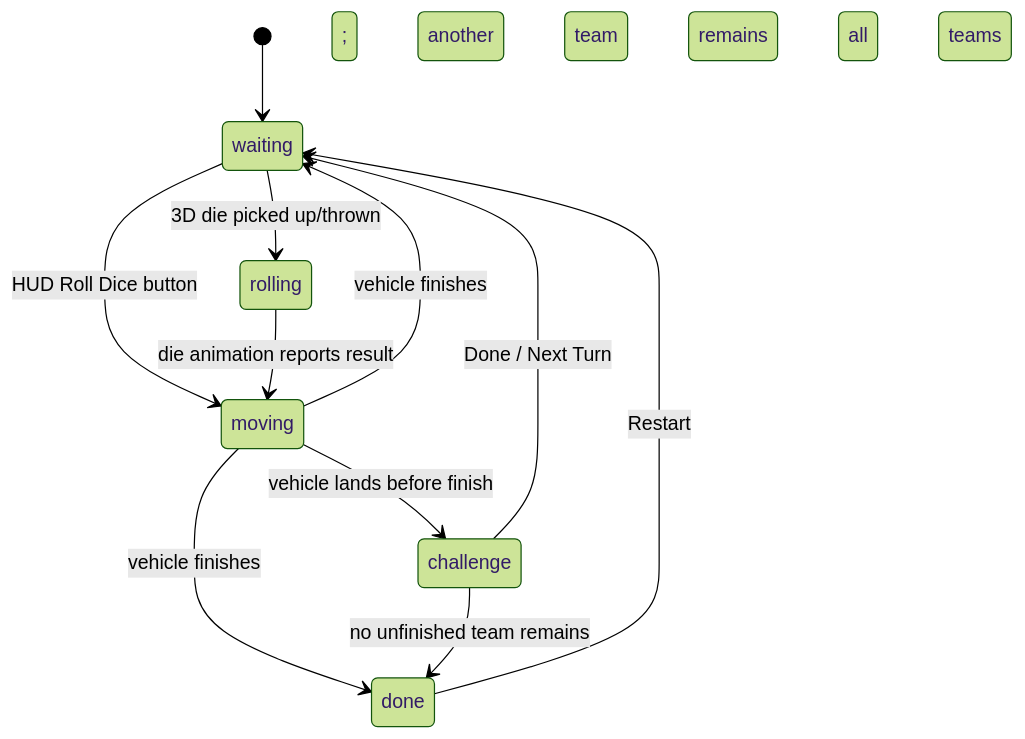
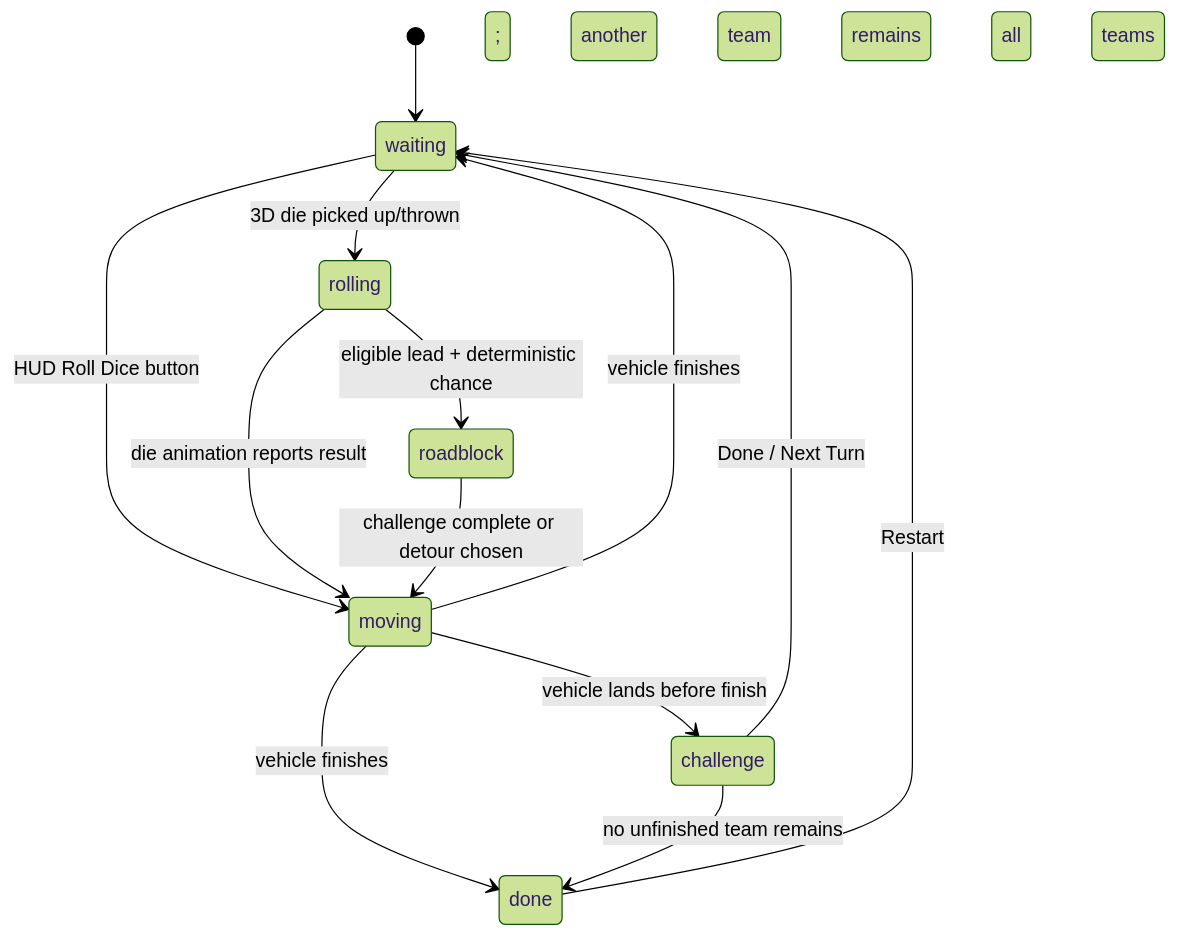
Before and after one commit to TipsyTraveller/TipsyTraveller: the second of 3 diagrams in GAME_ARCHITECTURE.md, drawn with Mermaid (forest theme). The commit also changed other lines of this file and 12 other files, not shown here.

````diff
--- a/GAME_ARCHITECTURE.md
+++ b/GAME_ARCHITECTURE.md
@@ -244,13 +253,15 @@
 ```mermaid
 stateDiagram-v2
     [*] --> waiting
     waiting --> rolling: 3D die picked up/thrown
     waiting --> moving: HUD Roll Dice button
     rolling --> moving: die animation reports result
+    rolling --> roadblock: eligible lead + deterministic chance
+    roadblock --> moving: challenge complete or detour chosen
     moving --> challenge: vehicle lands before finish
     moving --> waiting: vehicle finishes; another team remains
     moving --> done: vehicle finishes; all teams done
     challenge --> waiting: Done / Next Turn
     challenge --> done: no unfinished team remains
     done --> waiting: Restart
 ```
````
